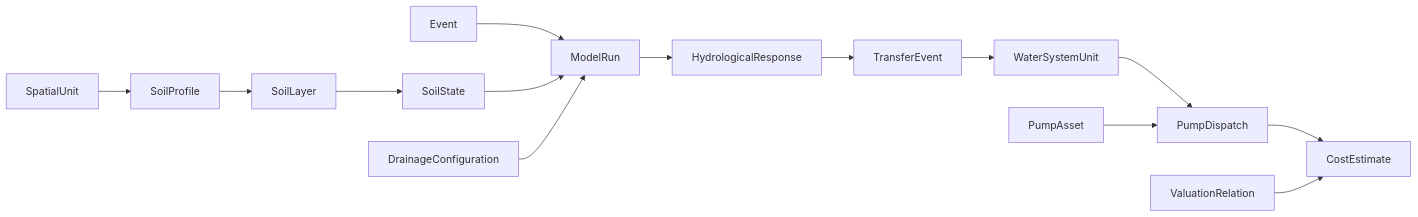
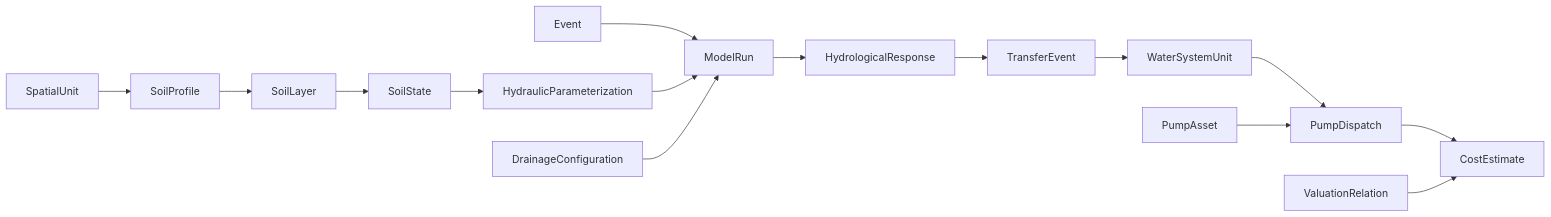
The second of 3 diagrams in docs/03_conceptual_model.md (abhedwig-cell/Bodemverdichting_kosten), drawn with Mermaid before and after one commit. The commit also changed other lines of this file and 16 other files, not shown here.

Commit message:
Add hydraulic transformation architecture

````diff
--- a/docs/03_conceptual_model.md
+++ b/docs/03_conceptual_model.md
@@ -217,16 +223,17 @@
 ```mermaid
 flowchart LR
     SU[SpatialUnit] --> SP[SoilProfile]
     SP --> SL[SoilLayer]
     SL --> SS[SoilState]
     EV[Event] --> MR[ModelRun]
-    SS --> MR
+    SS --> HP[HydraulicParameterization]
+    HP --> MR
     DC[DrainageConfiguration] --> MR
     MR --> HR[HydrologicalResponse]
     HR --> TE[TransferEvent]
     TE --> WU[WaterSystemUnit]
     WU --> PD[PumpDispatch]
     PA[PumpAsset] --> PD
     PD --> CE[CostEstimate]
     VR[ValuationRelation] --> CE
 ```
````
